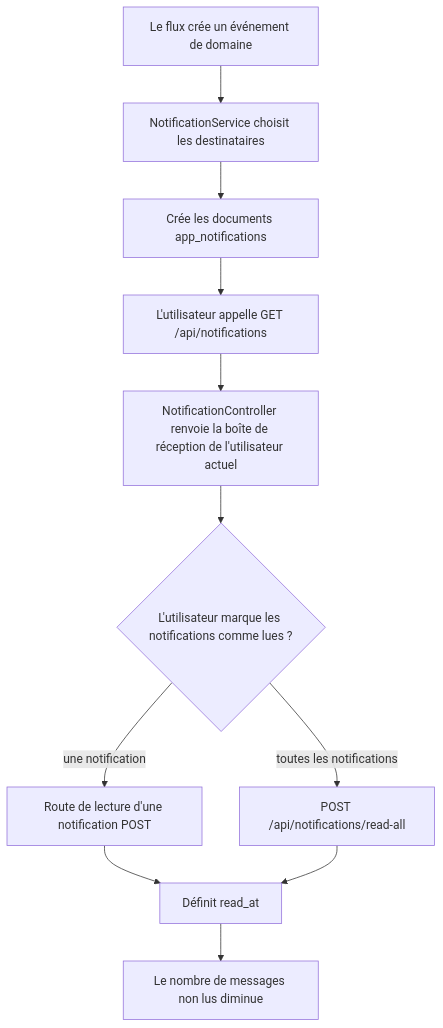
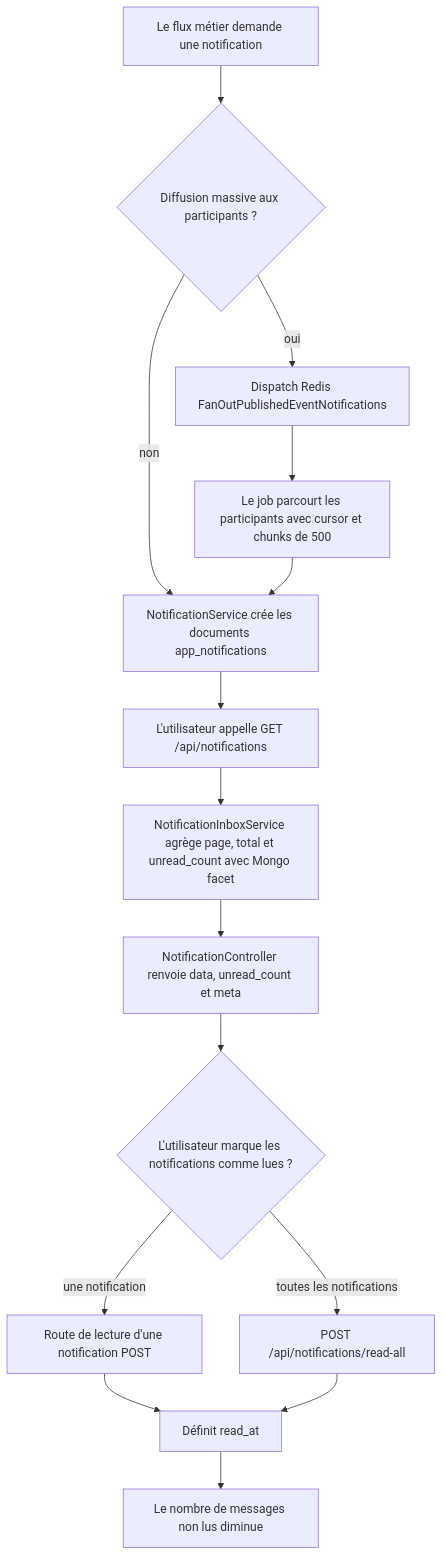
Before and after one commit to HOUDAZ011100100/SecRet-cms: the fifth of 34 diagrams in backend/docs/uml/workflows.md, drawn with Mermaid. The commit also changed other lines of this file and 27 other files, not shown here.

First line of the commit message:
feat: Refactor event management and notification systems

````diff
--- a/backend/docs/uml/workflows.md
+++ b/backend/docs/uml/workflows.md
@@ -144,13 +144,17 @@
 ```mermaid
 flowchart TD
-    A[Le flux crée un événement de domaine] --> B[NotificationService choisit les destinataires]
-    B --> C[Crée les documents app_notifications]
-    C --> D[L'utilisateur appelle GET /api/notifications]
-    D --> E[NotificationController renvoie la boîte de réception de l'utilisateur actuel]
-    E --> F{L'utilisateur marque les notifications comme lues ?}
-    F -- une notification --> G["Route de lecture d'une notification POST"]
-    F -- toutes les notifications --> H[POST /api/notifications/read-all]
-    G --> I[Définit read_at]
-    H --> I
-    I --> J[Le nombre de messages non lus diminue]
+    A[Le flux métier demande une notification] --> B{Diffusion massive aux participants ?}
+    B -- non --> C[NotificationService crée les documents app_notifications]
+    B -- oui --> D[Dispatch Redis FanOutPublishedEventNotifications]
+    D --> E[Le job parcourt les participants avec cursor et chunks de 500]
+    E --> C
+    C --> F[L'utilisateur appelle GET /api/notifications]
+    F --> G[NotificationInboxService agrège page, total et unread_count avec Mongo facet]
+    G --> H[NotificationController renvoie data, unread_count et meta]
+    H --> I{L'utilisateur marque les notifications comme lues ?}
+    I -- une notification --> J["Route de lecture d'une notification POST"]
+    I -- toutes les notifications --> K[POST /api/notifications/read-all]
+    J --> L[Définit read_at]
+    K --> L
+    L --> M[Le nombre de messages non lus diminue]
 ```
````
